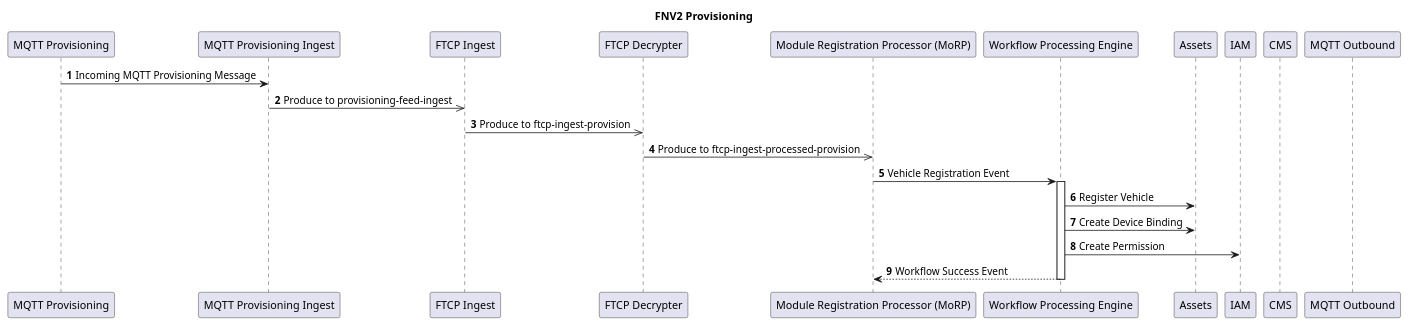
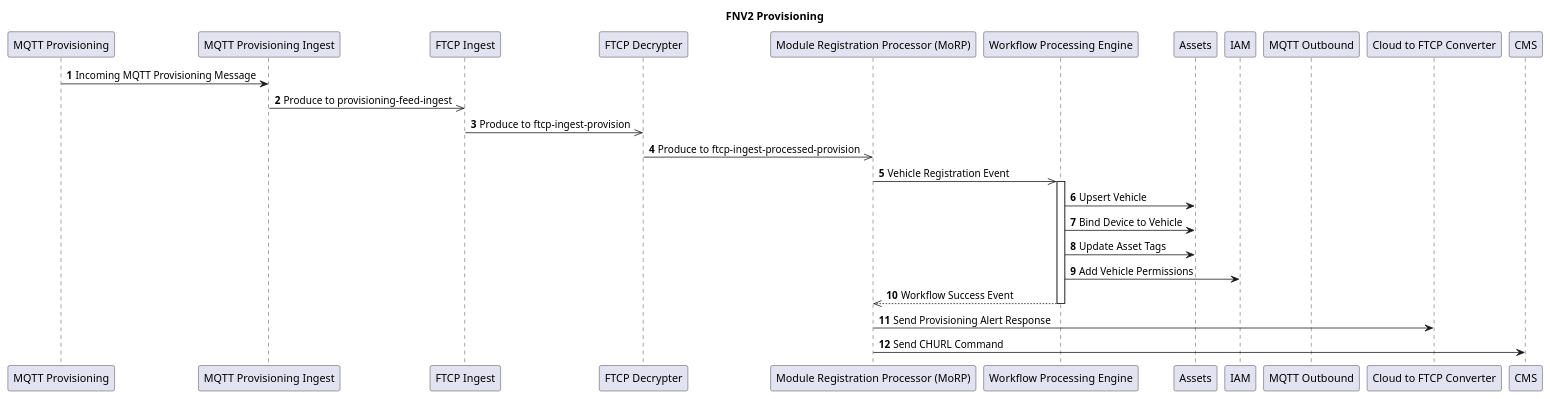
The diagram in fnv2-provisioning.puml (markprotas-autonomic/fnv2-provisioning-puml), drawn with PlantUML before and after one commit.

Commit message:
Added cloud to ftcp and cms to the sequence diagram- still needs refinement

```diff
--- a/fnv2-provisioning.puml
+++ b/fnv2-provisioning.puml
@@ -1,26 +1,31 @@
 @startuml
 autonumber
 
 title FNV2 Provisioning
 
 participant "MQTT Provisioning" as mp
 participant "MQTT Provisioning Ingest" as mi
 participant "FTCP Ingest" as fi
 participant "FTCP Decrypter" as fd
 participant "Module Registration Processor (MoRP)" as mo
 participant "Workflow Processing Engine" as wpe
 participant "Assets" as assets
 participant "IAM" as iam
 participant "CMS" as cms
 participant "MQTT Outbound" as mqo
+participant "Cloud to FTCP Converter" as ctftcp
+participant "CMS" as cms
 
 mp -> mi: Incoming MQTT Provisioning Message
 mi ->> fi: Produce to provisioning-feed-ingest
 fi ->> fd: Produce to ftcp-ingest-provision
 fd ->> mo: Produce to ftcp-ingest-processed-provision
-mo -> wpe ++: Vehicle Registration Event
-wpe -> assets: Register Vehicle
-wpe -> assets: Create Device Binding
-wpe -> iam: Create Permission
+mo ->> wpe ++: Vehicle Registration Event
+wpe -> assets: Upsert Vehicle
+wpe -> assets: Bind Device to Vehicle
+wpe -> assets: Update Asset Tags
+wpe -> iam: Add Vehicle Permissions
 return Workflow Success Event
+mo -> ctftcp: Send Provisioning Alert Response
+mo -> cms: Send CHURL Command
 @enduml
```
